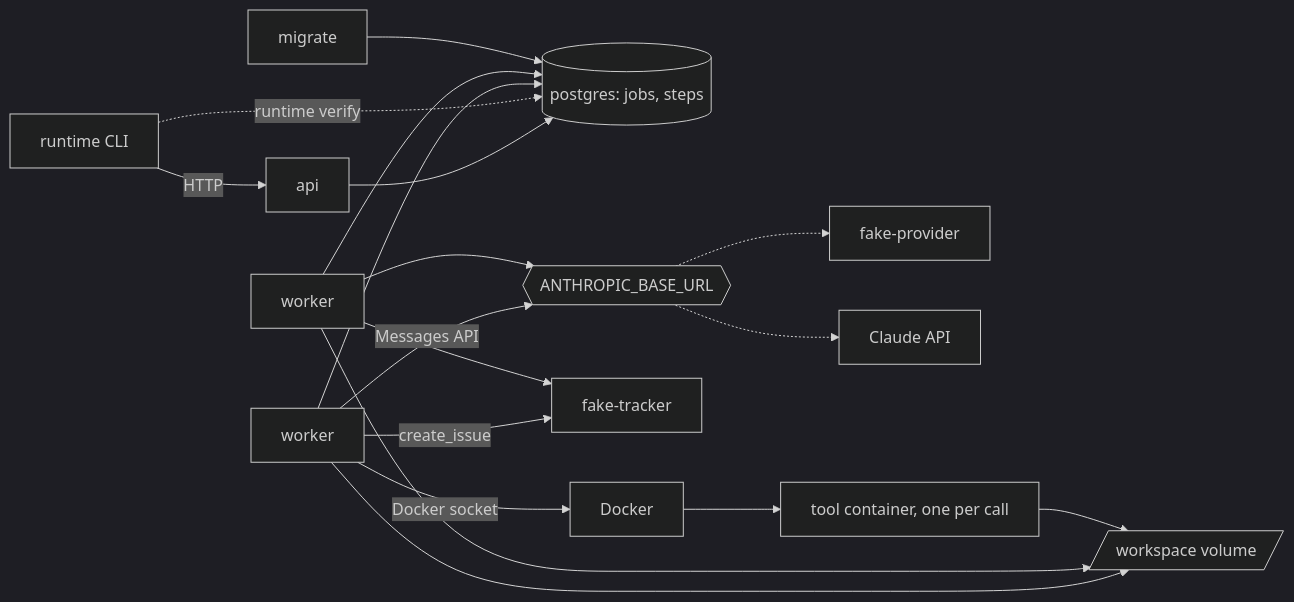
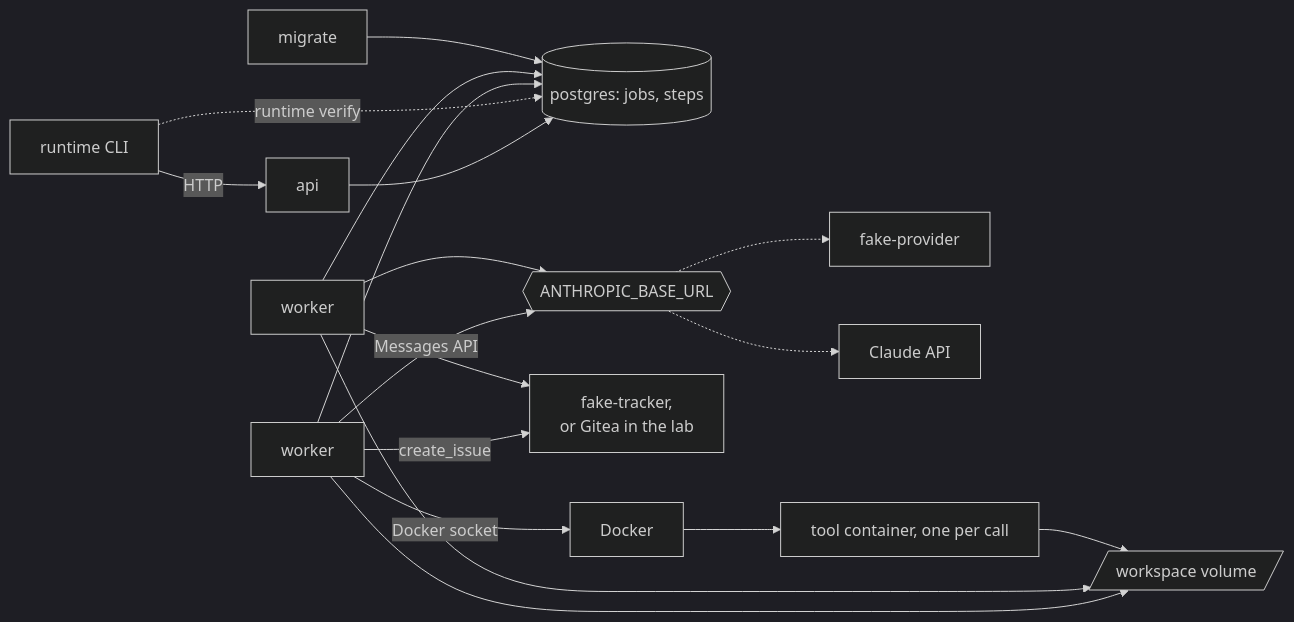
The first of 2 diagrams in docs/architecture.md (sindredg/agent-runtime), drawn with Mermaid (dark theme) before and after one commit. The commit also changed other lines of this file and 27 other files, not shown here.

First line of the commit message:
feat: run create_issue against Gitea and add the lab demo (#102)

````diff
--- a/docs/architecture.md
+++ b/docs/architecture.md
@@ -8,20 +8,20 @@
 ```mermaid
 flowchart LR
     CLI[runtime CLI] -->|HTTP| API[api]
     API --> DB[(postgres: jobs, steps)]
     CLI -.->|runtime verify| DB
     W1[worker] --> DB
     W2[worker] --> DB
     W1 -->|Messages API| P{{ANTHROPIC_BASE_URL}}
     W2 --> P
     P -.-> FP[fake-provider]
     P -.-> CL[Claude API]
     W1 --> WS[/workspace volume/]
     W2 --> WS
-    W1 -->|create_issue| T[fake-tracker]
+    W1 -->|create_issue| T[fake-tracker,<br/>or Gitea in the lab]
     W2 --> T
     W1 -->|Docker socket| D[Docker]
     D --> C[tool container, one per call]
     C --> WS
     M[migrate] --> DB
 ```
````
